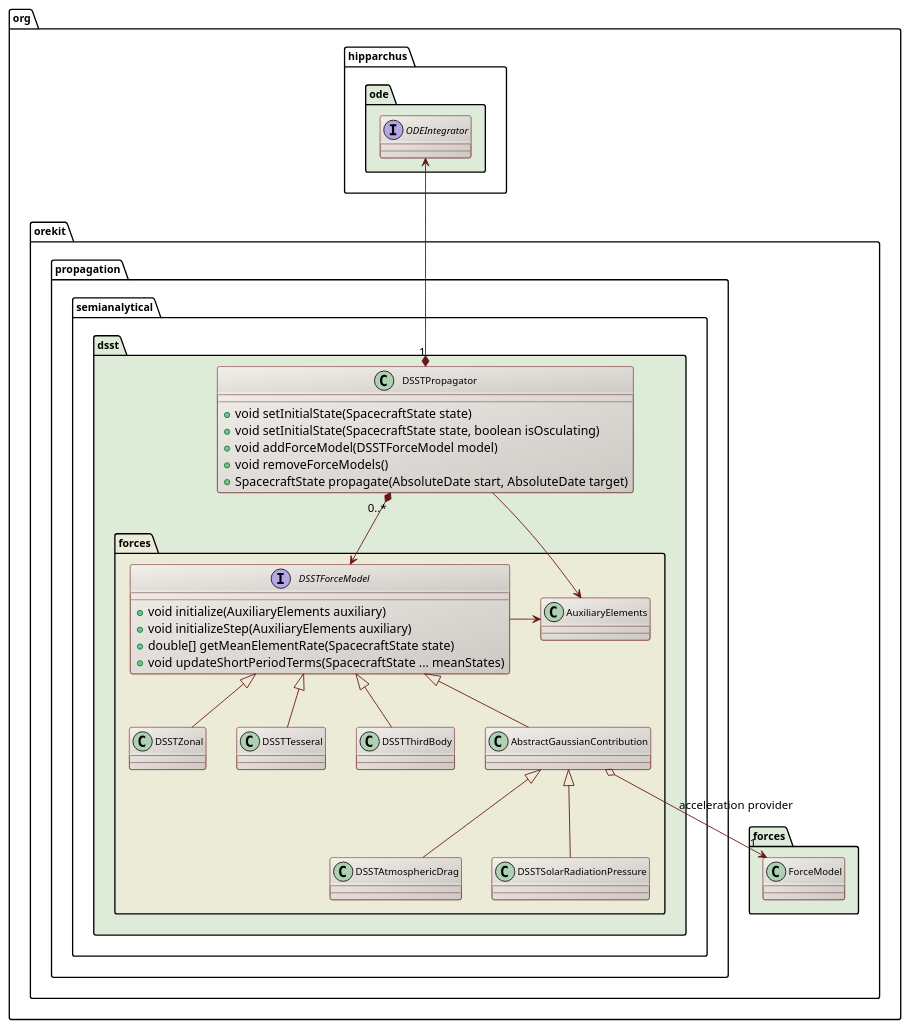
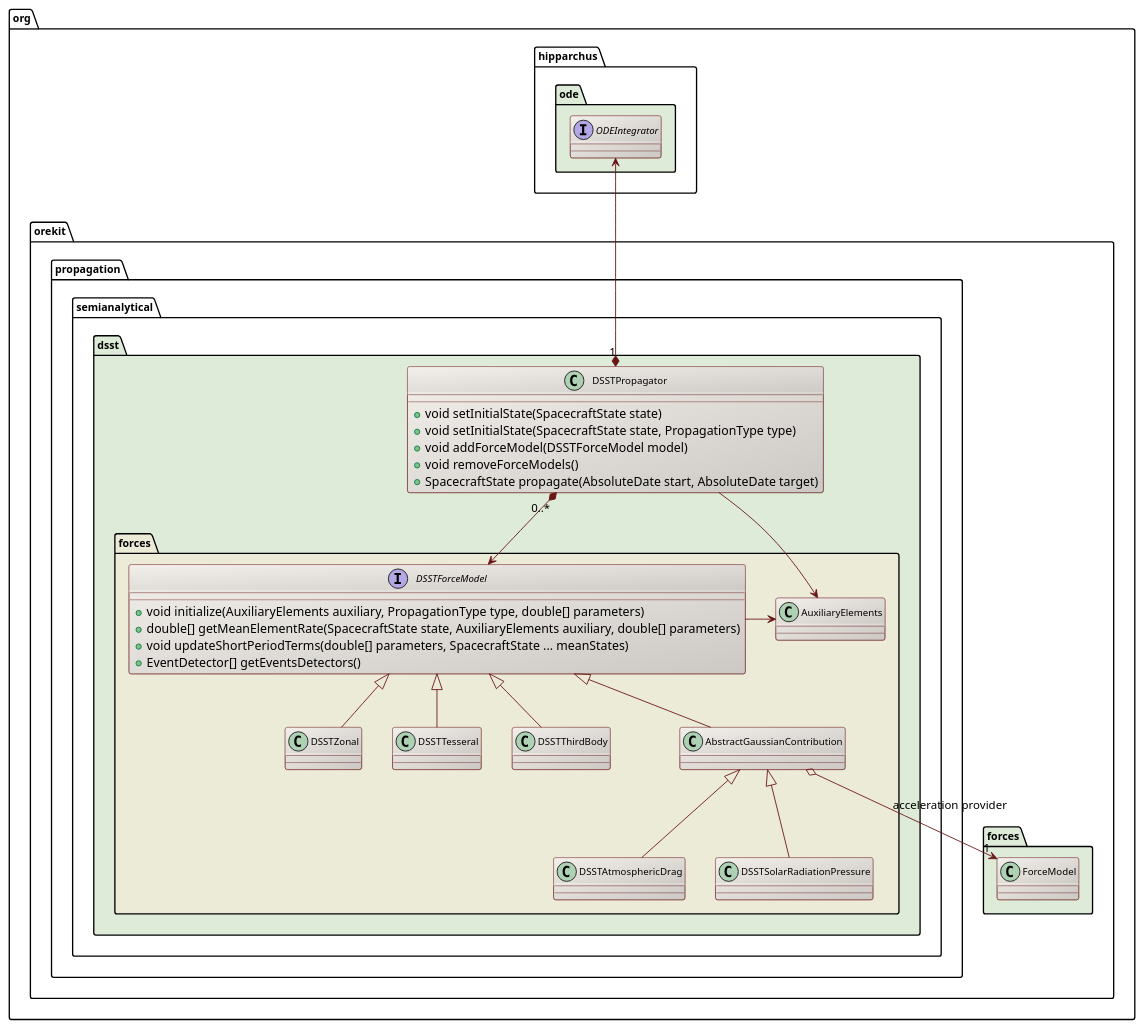
The diagram in src/design/dsst-propagator-class-diagram.puml (CS-SI/Orekit), drawn with PlantUML before and after one commit. The commit also changed 2 other files, not shown here.

Commit message:
Updated documentation for DSST propagation.

```diff
--- a/src/design/dsst-propagator-class-diagram.puml
+++ b/src/design/dsst-propagator-class-diagram.puml
@@ -17,64 +17,64 @@
 @startuml
 
   skinparam svek                  true
   skinparam ClassBackgroundColor  #F3EFEB/CCC9C5
   skinparam ClassArrowColor       #691616
   skinparam ClassBorderColor      #691616
   skinparam NoteBackgroundColor   #F3EFEB
   skinparam NoteBorderColor       #691616
   skinparam NoteFontColor         #691616
   skinparam ClassFontSize         11
   skinparam PackageFontSize       12
 
   package org.hipparchus.ode #DDEBD8 {
 
     interface ODEIntegrator
 
   }
 
   package org.orekit.forces #DDEBD8 {
     class ForceModel
   }
 
   package org.orekit.propagation.semianalytical.dsst #DDEBD8 {
 
     class DSSTPropagator {
       +void setInitialState(SpacecraftState state)
-      +void setInitialState(SpacecraftState state, boolean isOsculating)
+      +void setInitialState(SpacecraftState state, PropagationType type)
       +void addForceModel(DSSTForceModel model)
       +void removeForceModels()
       +SpacecraftState propagate(AbsoluteDate start, AbsoluteDate target)
     }
 
     ODEIntegrator <--* "1" DSSTPropagator
 
     package forces #ECEBD8 {
 
       class AuxiliaryElements
 
       interface DSSTForceModel {
-        +void initialize(AuxiliaryElements auxiliary)
-        +void initializeStep(AuxiliaryElements auxiliary)
-        +double[] getMeanElementRate(SpacecraftState state)
-        +void updateShortPeriodTerms(SpacecraftState ... meanStates)
+        +void initialize(AuxiliaryElements auxiliary, PropagationType type, double[] parameters)
+        +double[] getMeanElementRate(SpacecraftState state, AuxiliaryElements auxiliary, double[] parameters)
+        +void updateShortPeriodTerms(double[] parameters, SpacecraftState ... meanStates)
+        +EventDetector[] getEventsDetectors()
       }
 
       DSSTForceModel -right->  AuxiliaryElements
       DSSTForceModel <|-- DSSTZonal
       DSSTForceModel <|-- DSSTTesseral
       DSSTForceModel <|-- DSSTThirdBody
       DSSTForceModel <|-- AbstractGaussianContribution
 
       AbstractGaussianContribution <|-- DSSTAtmosphericDrag
       AbstractGaussianContribution <|-- DSSTSolarRadiationPressure
       AbstractGaussianContribution o--> "1" ForceModel : acceleration provider
 
     }
 
     DSSTPropagator "0..*" *--> DSSTForceModel
     DSSTPropagator --> AuxiliaryElements
 
   }
 
 
 @enduml
```
